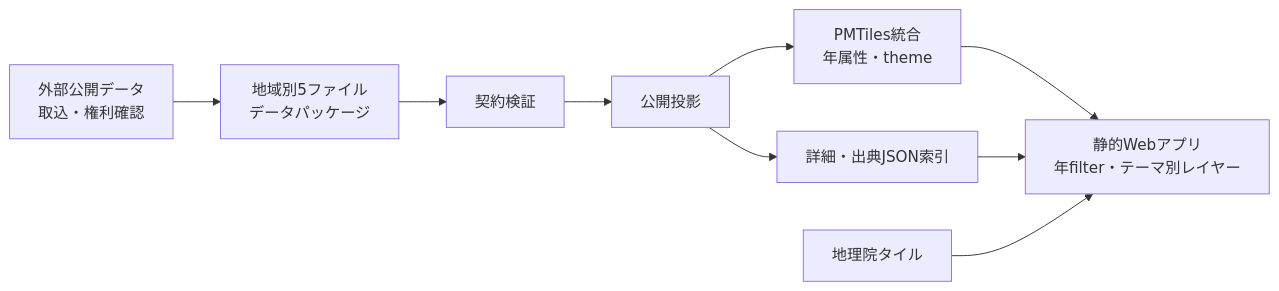
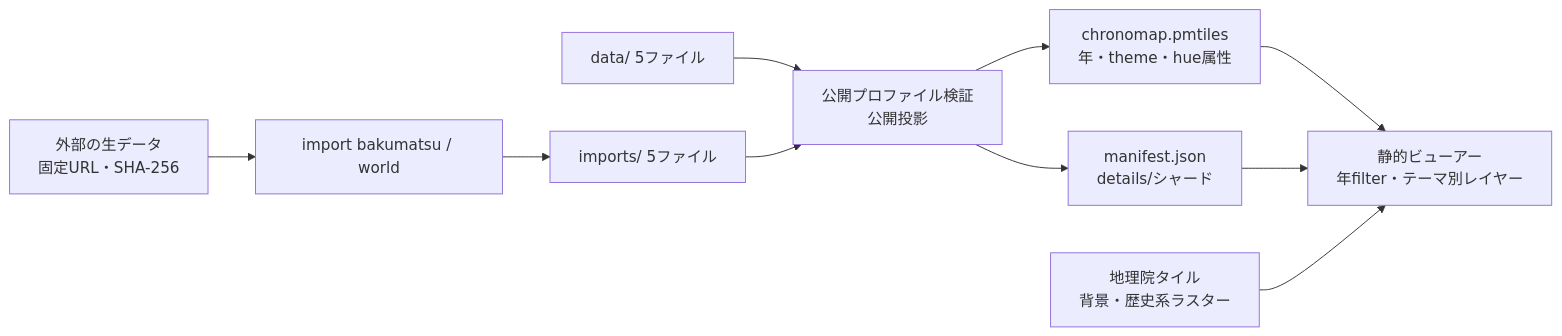
One commit to ywatase/chronomap changed the diagram in docs/architecture/overview.md. Above: the diagram before and after it, drawn with Mermaid. The commit also changed other lines of this file and 194 other files, not shown here.

````diff
--- a/docs/architecture/overview.md
+++ b/docs/architecture/overview.md
@@ -13,11 +11,12 @@
 ```mermaid
 flowchart LR
-  W[地域別5ファイル<br/>データパッケージ] --> V[契約検証]
-  X[外部公開データ<br/>取込・権利確認] --> W
-  V --> P[公開投影]
-  P --> T[PMTiles統合<br/>年属性・theme]
-  P --> I[詳細・出典JSON索引]
-  T --> A[静的Webアプリ<br/>年filter・テーマ別レイヤー]
-  I --> A
-  G[地理院タイル] --> A
+  R[外部の生データ<br/>固定URL・SHA-256] --> I[import bakumatsu / world]
+  I --> M[imports/ 5ファイル]
+  D[data/ 5ファイル] --> V[公開プロファイル検証<br/>公開投影]
+  M --> V
+  V --> T[chronomap.pmtiles<br/>年・theme・hue属性]
+  V --> J[manifest.json<br/>details/シャード]
+  T --> A[静的ビューアー<br/>年filter・テーマ別レイヤー]
+  J --> A
+  G[地理院タイル<br/>背景・歴史系ラスター] --> A
 ```
````
